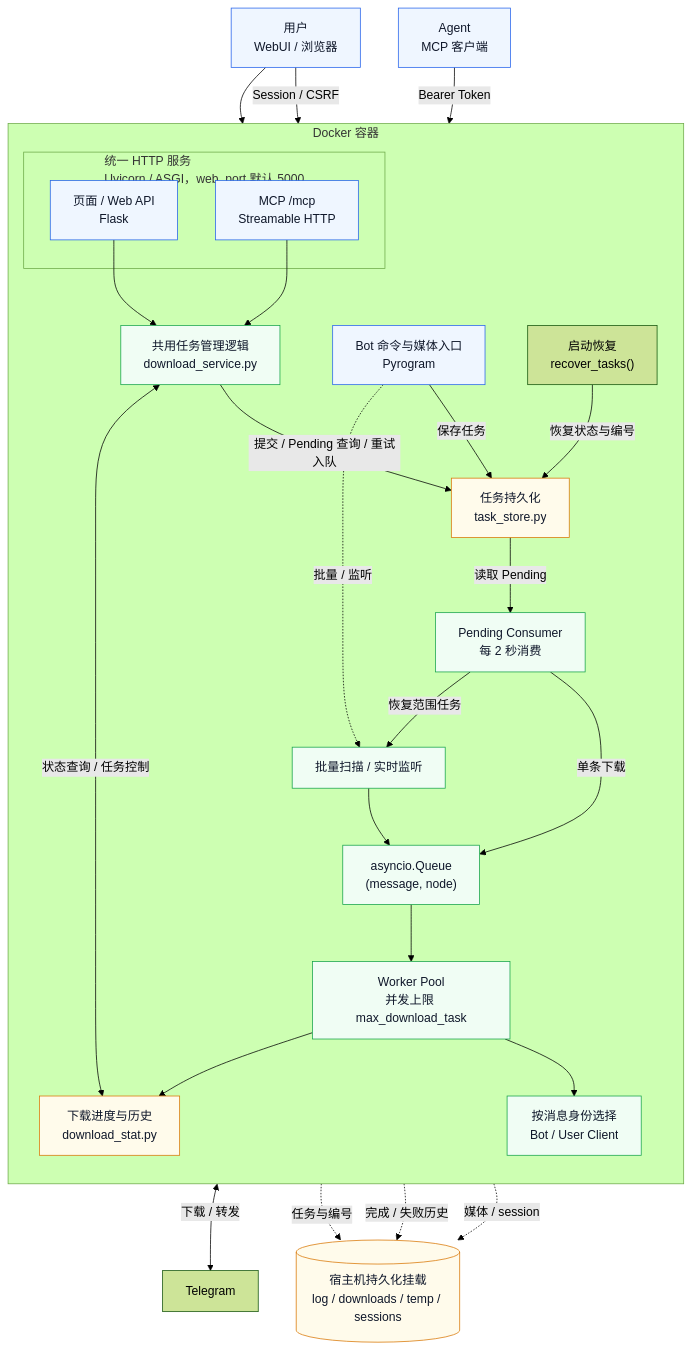
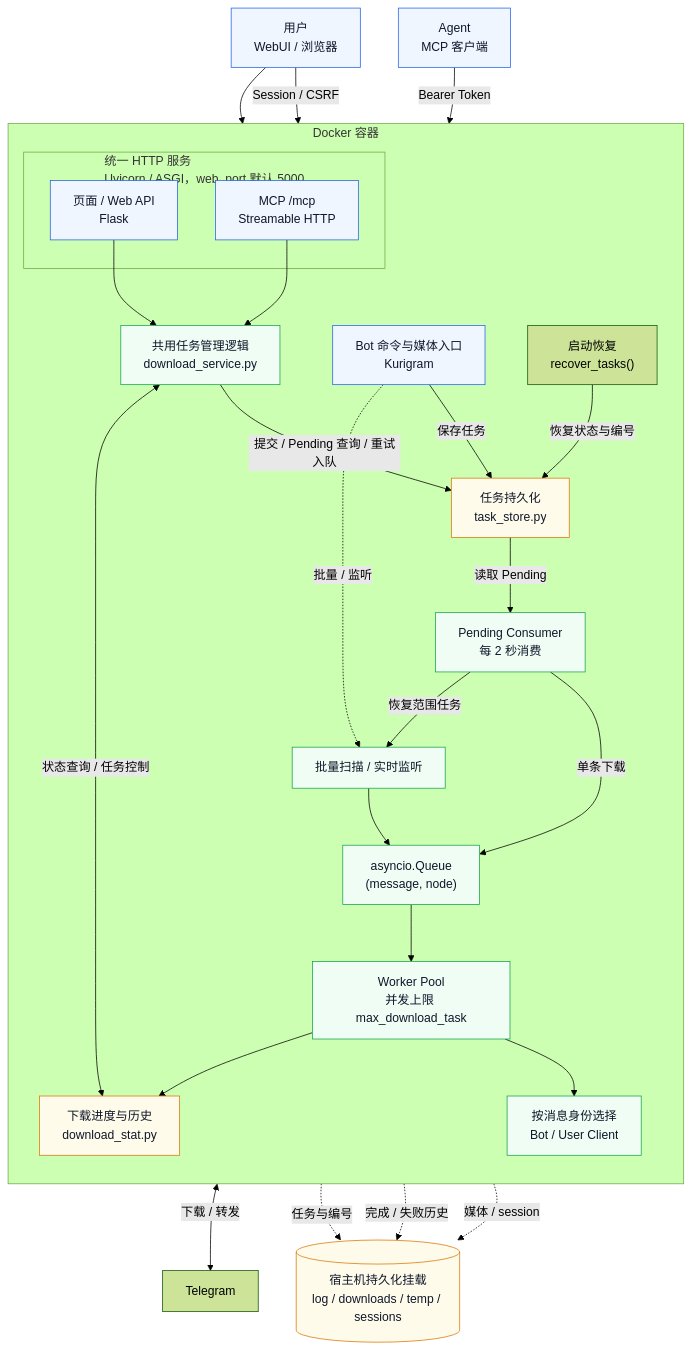
Before and after one commit to smilekevin/TGPorter: the first of 4 diagrams in README.md, drawn with Mermaid (forest theme). The commit also changed other lines of this file and 11 other files, not shown here.

````diff
--- a/README.md
+++ b/README.md
@@ -204,55 +204,55 @@
 ```mermaid
 flowchart TB
     User["用户<br/>WebUI / 浏览器"]
     Agent["Agent<br/>MCP 客户端"]
     Telegram["Telegram"]
 
     subgraph Container["Docker 容器"]
         direction TB
-        Bot["Bot 命令与媒体入口<br/>Pyrogram"]
+        Bot["Bot 命令与媒体入口<br/>Kurigram"]
         subgraph HTTP["统一 HTTP 服务<br/>Uvicorn / ASGI，web_port 默认 5000"]
             API["页面 / Web API<br/>Flask"]
             MCP["MCP /mcp<br/>Streamable HTTP"]
         end
         Service["共用任务管理逻辑<br/>download_service.py"]
         Store["任务持久化<br/>task_store.py"]
         Recovery["启动恢复<br/>recover_tasks()"]
         Consumer["Pending Consumer<br/>每 2 秒消费"]
         Scan["批量扫描 / 实时监听"]
         Queue["asyncio.Queue<br/>(message, node)"]
         Workers["Worker Pool<br/>并发上限 max_download_task"]
         Clients["按消息身份选择<br/>Bot / User Client"]
         Stats["下载进度与历史<br/>download_stat.py"]
     end
 
     Data[("宿主机持久化挂载<br/>log / downloads / temp / sessions")]
 
     User --> Bot
     User -->|Session / CSRF| API
     Agent -->|Bearer Token| MCP
     API --> Service
     MCP --> Service
     Bot -->|保存任务| Store
     Service -->|提交 / Pending 查询 / 重试入队| Store
     Service <-->|状态查询 / 任务控制| Stats
     Recovery -->|恢复状态与编号| Store
     Store -->|读取 Pending| Consumer
     Consumer -->|单条下载| Queue
     Consumer -->|恢复范围任务| Scan
     Bot -.->|批量 / 监听| Scan
     Scan --> Queue
     Queue --> Workers
     Workers --> Clients
     Clients <-->|下载 / 转发| Telegram
     Workers --> Stats
     Store -.->|任务与编号| Data
     Stats -.->|完成 / 失败历史| Data
     Clients -.->|媒体 / session| Data
 
     classDef entry fill:#eff6ff,stroke:#2563eb,color:#0f172a
     classDef pipeline fill:#f0fdf4,stroke:#16a34a,color:#0f172a
     classDef storage fill:#fffbeb,stroke:#d97706,color:#0f172a
     class User,Bot,API,Agent,MCP entry
     class Service,Consumer,Scan,Queue,Workers,Clients pipeline
     class Store,Stats,Data storage
 ```
````
